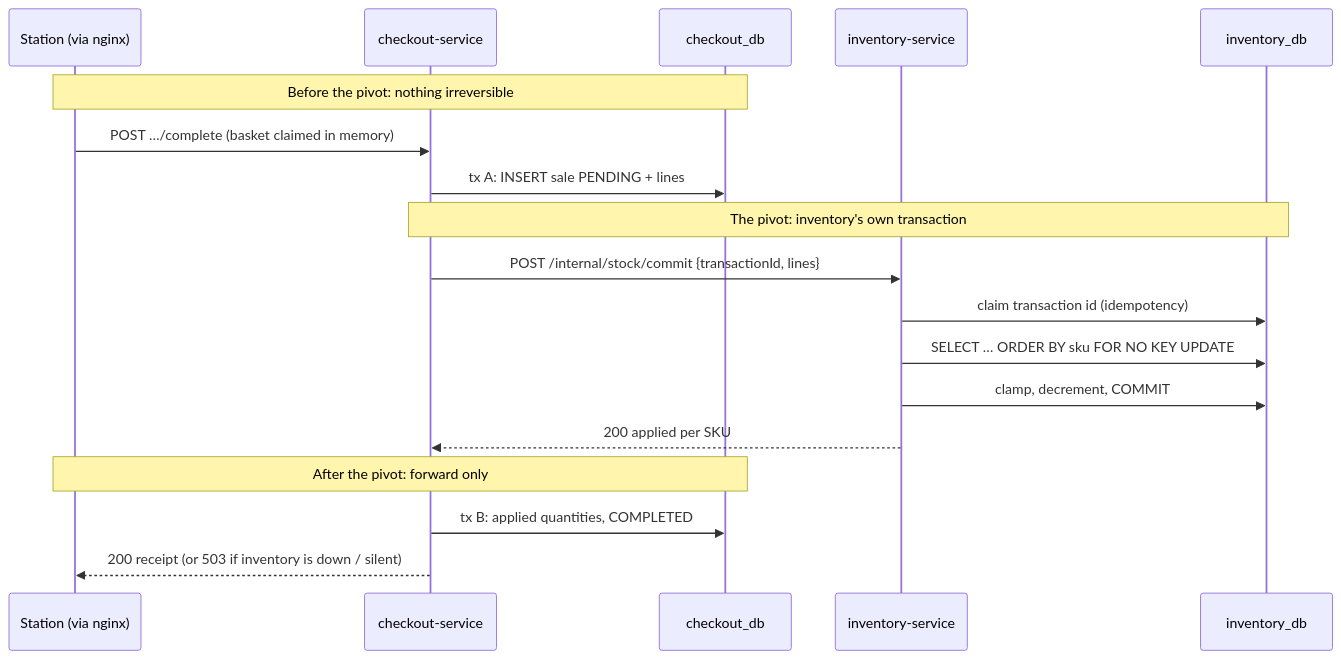
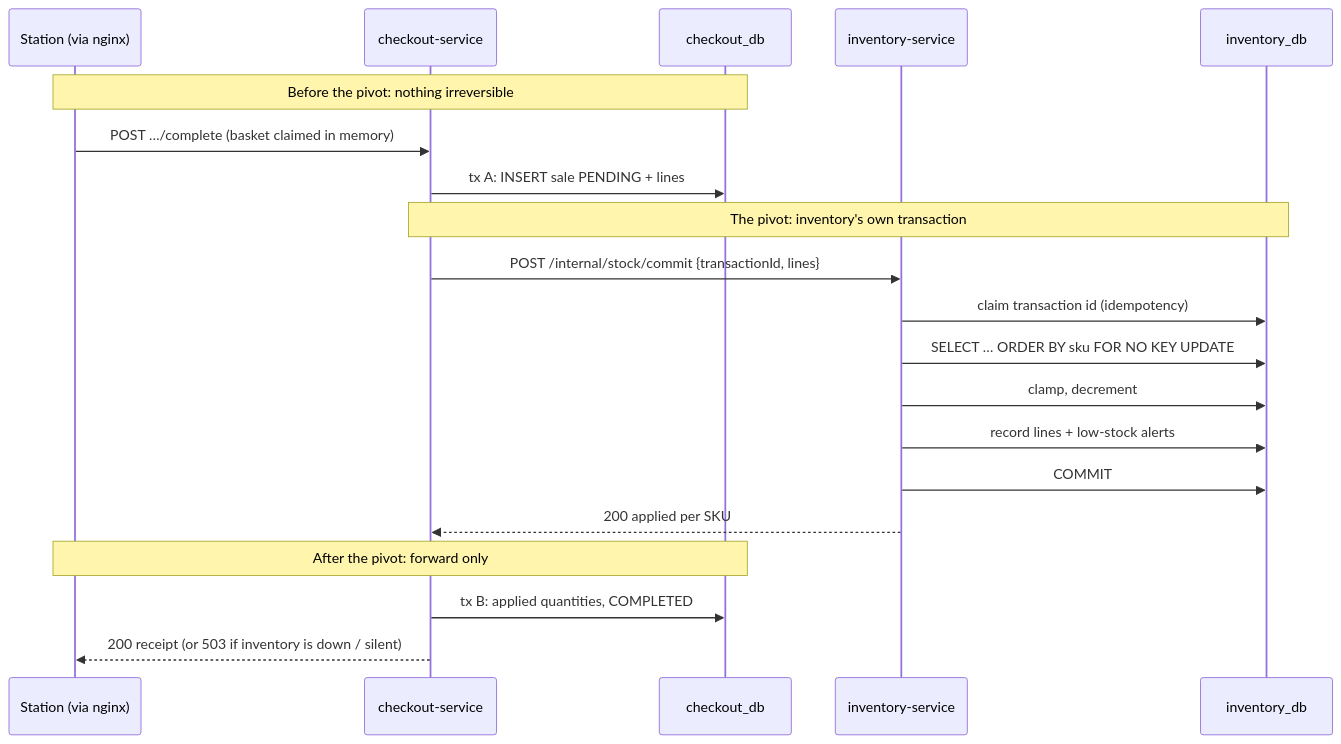
One commit to Vatsalya2003/self_checkout_system changed the second of 3 diagrams in README.md. Above: the diagram before and after it, drawn with Mermaid. The commit also changed other lines of this file and 9 other files, not shown here.

Commit message:
Match the Week 5 diagrams to the code and label earlier diagrams by week

````diff
--- a/README.md
+++ b/README.md
@@ -115,20 +120,22 @@
 ```mermaid
 sequenceDiagram
     participant S as Station (via nginx)
     participant C as checkout-service
     participant CD as checkout_db
     participant I as inventory-service
     participant ID as inventory_db
     Note over S,CD: Before the pivot: nothing irreversible
     S->>C: POST …/complete (basket claimed in memory)
     C->>CD: tx A: INSERT sale PENDING + lines
     Note over C,ID: The pivot: inventory's own transaction
     C->>I: POST /internal/stock/commit {transactionId, lines}
     I->>ID: claim transaction id (idempotency)
     I->>ID: SELECT … ORDER BY sku FOR NO KEY UPDATE
-    I->>ID: clamp, decrement, COMMIT
+    I->>ID: clamp, decrement
+    I->>ID: record lines + low-stock alerts
+    I->>ID: COMMIT
     I-->>C: 200 applied per SKU
     Note over S,CD: After the pivot: forward only
     C->>CD: tx B: applied quantities, COMPLETED
     C-->>S: 200 receipt (or 503 if inventory is down / silent)
 ```
````
